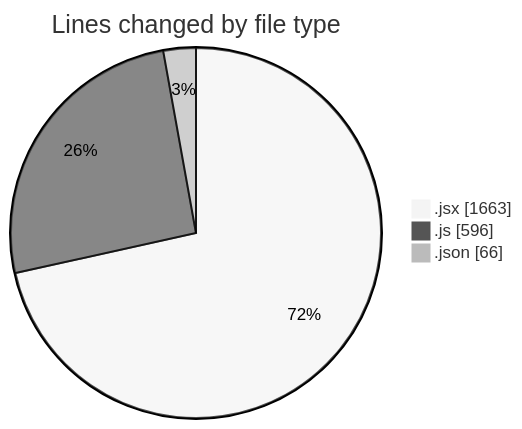
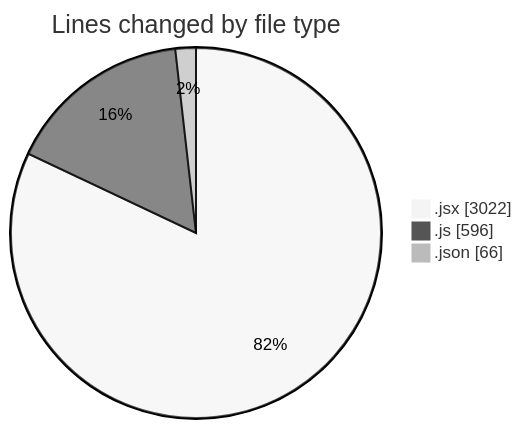
Before and after one commit to nxtqubesakshisongat/code-tracking: the first of 2 diagrams in 2025-08-06/nxtqube_webapp/README.md, drawn with Mermaid (neutral theme). The commit also changed other lines of this file and 1 other file, not shown here.

````diff
--- a/2025-08-06/nxtqube_webapp/README.md
+++ b/2025-08-06/nxtqube_webapp/README.md
@@ -25,7 +27,7 @@
 ```mermaid
 pie showData
 title Lines changed by file type
-".jsx" : 1663
+".jsx" : 3022
 ".js" : 596
 ".json" : 66
 ```
````
